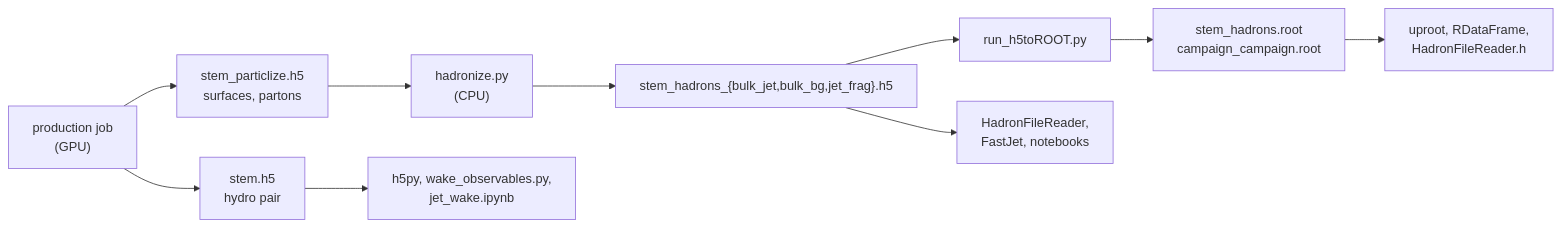
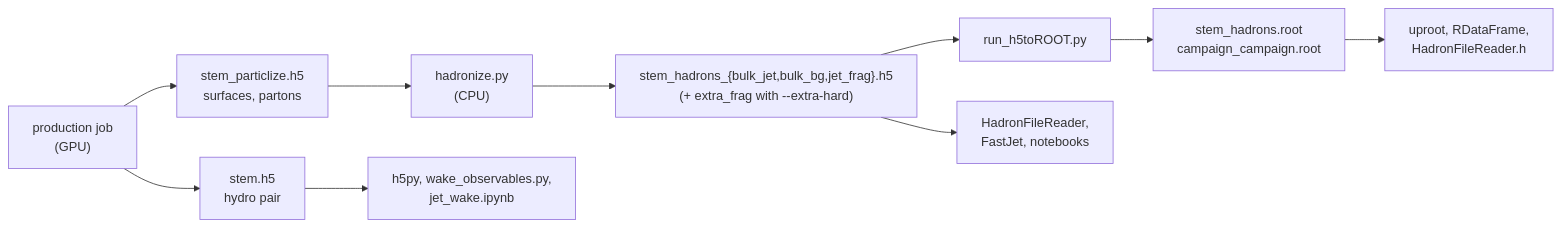
One commit to jhputschke/js-contrib changed the diagram in website/analysis/index.md. Above: the diagram before and after it, drawn with Mermaid. The commit also changed other lines of this file and 13 other files, not shown here.

First line of the commit message:
Docs site: extra hard scatterings, minimum bias, O+O / Ne+Ne at 5.36 TeV, bulk and flow

````diff
--- a/website/analysis/index.md
+++ b/website/analysis/index.md
@@ -13,11 +13,11 @@
 ```mermaid
 flowchart LR
   P["production job<br/>(GPU)"] --> PAIR["stem.h5<br/>hydro pair"]
   P --> PART["stem_particlize.h5<br/>surfaces, partons"]
   PART --> HAD["hadronize.py<br/>(CPU)"]
-  HAD --> H["stem_hadrons_{bulk_jet,bulk_bg,jet_frag}.h5"]
+  HAD --> H["stem_hadrons_{bulk_jet,bulk_bg,jet_frag}.h5<br/>(+ extra_frag with --extra-hard)"]
   H --> ROOT["run_h5toROOT.py"] --> R["stem_hadrons.root<br/>campaign_campaign.root"]
   PAIR --> A1["h5py, wake_observables.py,<br/>jet_wake.ipynb"]
   H --> A2["HadronFileReader,<br/>FastJet, notebooks"]
   R --> A3["uproot, RDataFrame,<br/>HadronFileReader.h"]
 ```
````
